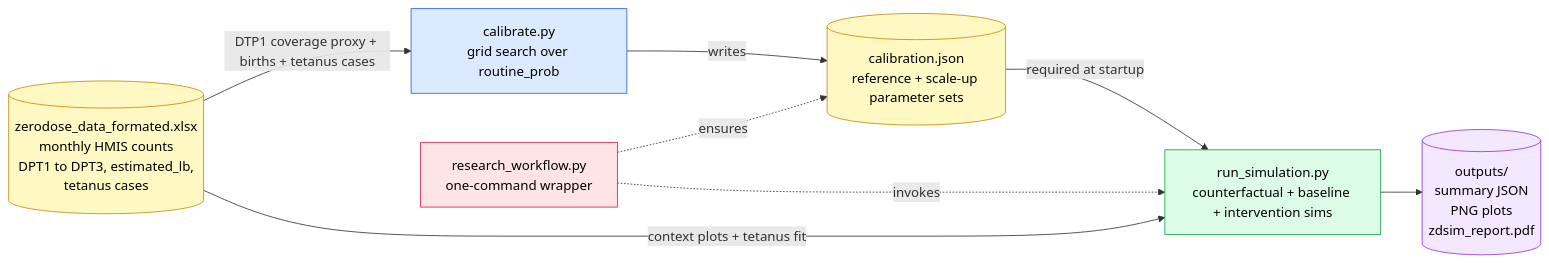
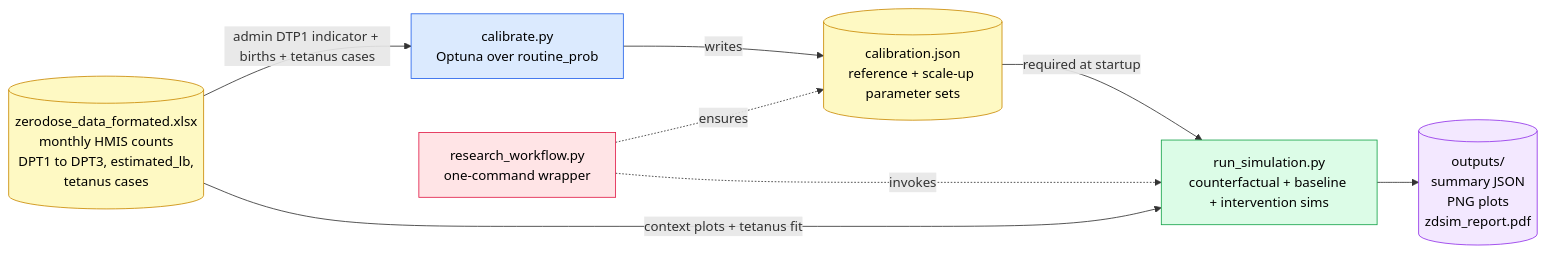
Before and after one commit to starsimhub/zdsim: the first of 12 diagrams in docs/ARCHITECTURE.md, drawn with Mermaid. The commit also changed other lines of this file and 16 other files, not shown here.

````diff
--- a/docs/ARCHITECTURE.md
+++ b/docs/ARCHITECTURE.md
@@ -31,25 +31,25 @@
 ```mermaid
 flowchart LR
     XLSX[("zerodose_data_formated.xlsx<br/>monthly HMIS counts<br/>DPT1 to DPT3, estimated_lb,<br/>tetanus cases")]
-    CAL["calibrate.py<br/>grid search over routine_prob"]
+    CAL["calibrate.py<br/>Optuna over routine_prob"]
     JSON[("calibration.json<br/>reference + scale-up parameter sets")]
     RUN["run_simulation.py<br/>counterfactual + baseline + intervention sims"]
     OUT[("outputs/<br/>summary JSON<br/>PNG plots<br/>zdsim_report.pdf")]
     WORKFLOW["research_workflow.py<br/>one-command wrapper"]
 
-    XLSX -->|DTP1 coverage proxy + births + tetanus cases| CAL
+    XLSX -->|admin DTP1 indicator + births + tetanus cases| CAL
     CAL -->|writes| JSON
     JSON -->|required at startup| RUN
     XLSX -->|context plots + tetanus fit| RUN
     RUN --> OUT
 
     WORKFLOW -.->|ensures| JSON
     WORKFLOW -.->|invokes| RUN
 
     style XLSX fill:#fef9c3,stroke:#ca8a04,color:#000
     style CAL fill:#dbeafe,stroke:#2563eb,color:#000
     style JSON fill:#fef9c3,stroke:#ca8a04,color:#000
     style RUN fill:#dcfce7,stroke:#16a34a,color:#000
     style OUT fill:#f3e8ff,stroke:#9333ea,color:#000
     style WORKFLOW fill:#ffe4e6,stroke:#e11d48,color:#000
 ```
````
